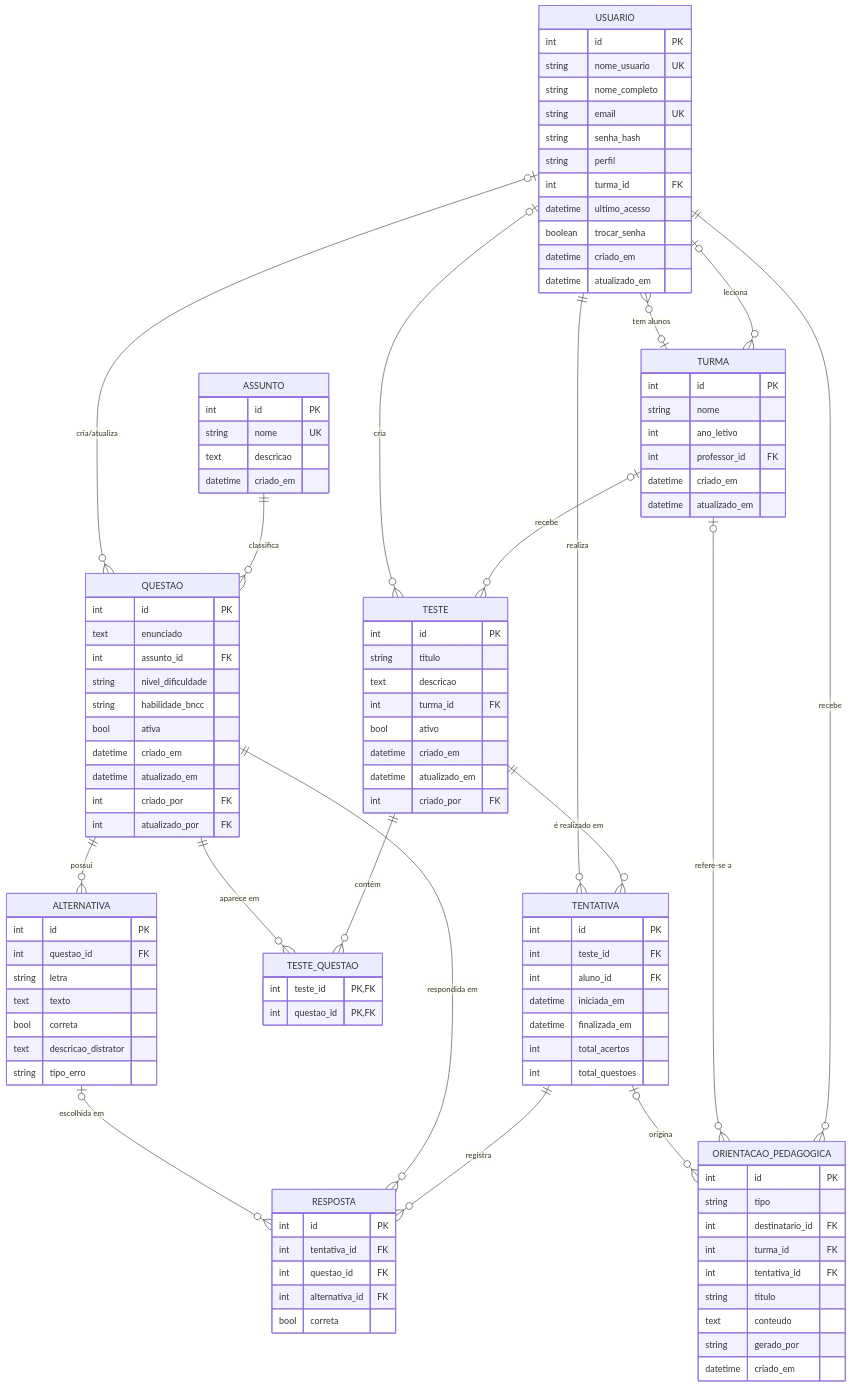
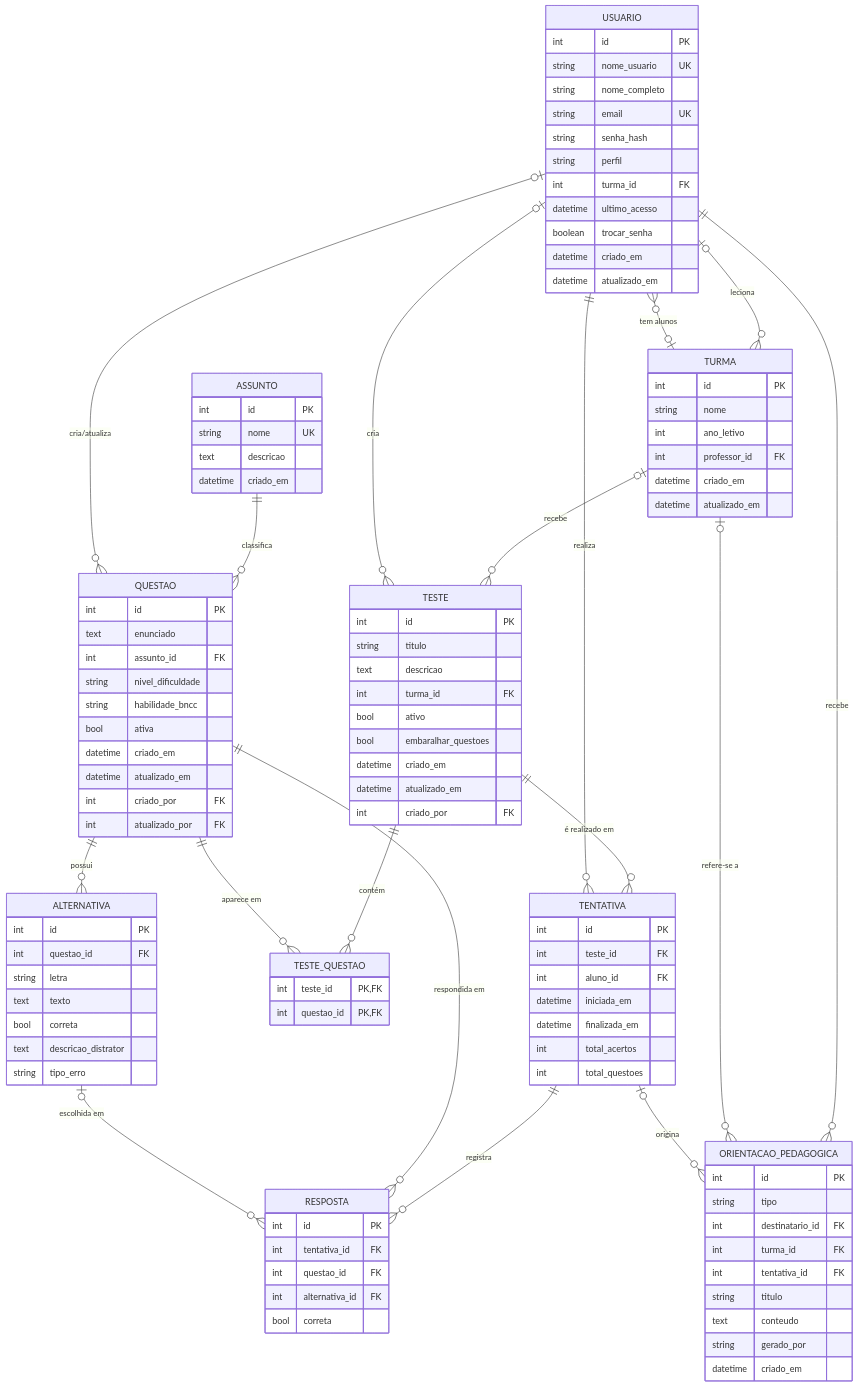
Before and after one commit to williangama37/mvp-matematica: the diagram in docs/diagrama_er.mmd, drawn with Mermaid. The commit also changed 12 other files, not shown here.

```diff
--- a/docs/diagrama_er.mmd
+++ b/docs/diagrama_er.mmd
@@ -1,108 +1,109 @@
 erDiagram
     USUARIO {
         int id PK
         string nome_usuario UK
         string nome_completo
         string email UK
         string senha_hash
         string perfil
         int turma_id FK
         datetime ultimo_acesso
         boolean trocar_senha
         datetime criado_em
         datetime atualizado_em
     }
     TURMA {
         int id PK
         string nome
         int ano_letivo
         int professor_id FK
         datetime criado_em
         datetime atualizado_em
     }
     ASSUNTO {
         int id PK
         string nome UK
         text descricao
         datetime criado_em
     }
     QUESTAO {
         int id PK
         text enunciado
         int assunto_id FK
         string nivel_dificuldade
         string habilidade_bncc
         bool ativa
         datetime criado_em
         datetime atualizado_em
         int criado_por FK
         int atualizado_por FK
     }
     ALTERNATIVA {
         int id PK
         int questao_id FK
         string letra
         text texto
         bool correta
         text descricao_distrator
         string tipo_erro
     }
     TESTE {
         int id PK
         string titulo
         text descricao
         int turma_id FK
         bool ativo
+        bool embaralhar_questoes
         datetime criado_em
         datetime atualizado_em
         int criado_por FK
     }
     TESTE_QUESTAO {
         int teste_id PK,FK
         int questao_id PK,FK
     }
     TENTATIVA {
         int id PK
         int teste_id FK
         int aluno_id FK
         datetime iniciada_em
         datetime finalizada_em
         int total_acertos
         int total_questoes
     }
     RESPOSTA {
         int id PK
         int tentativa_id FK
         int questao_id FK
         int alternativa_id FK
         bool correta
     }
     ORIENTACAO_PEDAGOGICA {
         int id PK
         string tipo
         int destinatario_id FK
         int turma_id FK
         int tentativa_id FK
         string titulo
         text conteudo
         string gerado_por
         datetime criado_em
     }
 
     TURMA |o--o{ USUARIO : "tem alunos"
     USUARIO |o--o{ TURMA : "leciona"
     ASSUNTO ||--o{ QUESTAO : "classifica"
     USUARIO |o--o{ QUESTAO : "cria/atualiza"
     QUESTAO ||--o{ ALTERNATIVA : "possui"
     TURMA |o--o{ TESTE : "recebe"
     USUARIO |o--o{ TESTE : "cria"
     TESTE ||--o{ TESTE_QUESTAO : "contém"
     QUESTAO ||--o{ TESTE_QUESTAO : "aparece em"
     TESTE ||--o{ TENTATIVA : "é realizado em"
     USUARIO ||--o{ TENTATIVA : "realiza"
     TENTATIVA ||--o{ RESPOSTA : "registra"
     QUESTAO ||--o{ RESPOSTA : "respondida em"
     ALTERNATIVA |o--o{ RESPOSTA : "escolhida em"
     USUARIO ||--o{ ORIENTACAO_PEDAGOGICA : "recebe"
     TURMA |o--o{ ORIENTACAO_PEDAGOGICA : "refere-se a"
     TENTATIVA |o--o{ ORIENTACAO_PEDAGOGICA : "origina"
```
